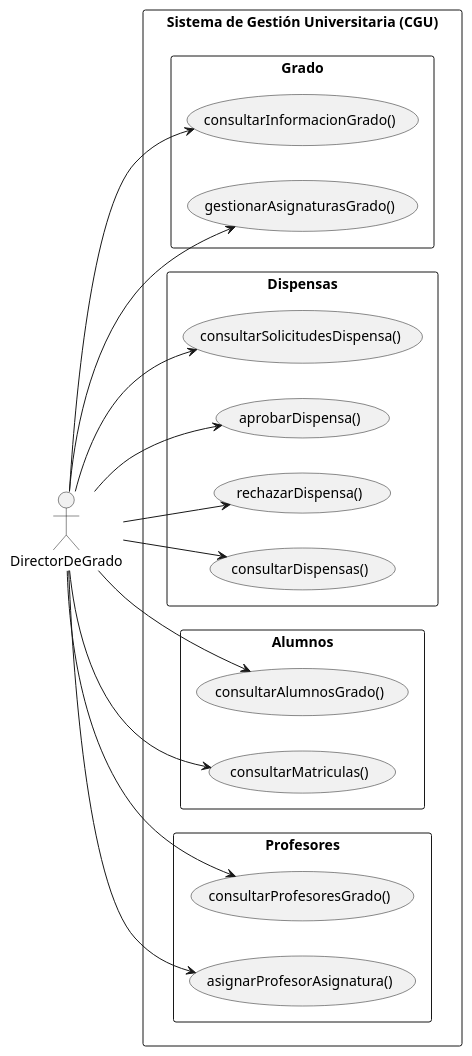
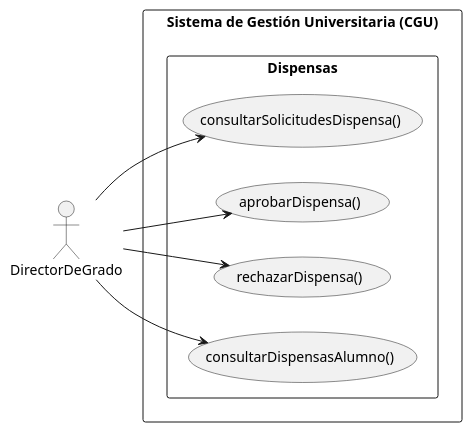
The diagram in documents/CasosDeUso/DirectorDeGrado/DirectorDeGrado.puml (enmabry/25-26-IdSw1-SdR), drawn with PlantUML before and after one commit. The commit also changed 1 other file, not shown here.

Commit message:
CasosDeUso DirectorDeGrado Segunda Iteracion Mejorada

```diff
--- a/documents/CasosDeUso/DirectorDeGrado/DirectorDeGrado.puml
+++ b/documents/CasosDeUso/DirectorDeGrado/DirectorDeGrado.puml
@@ -1,47 +1,22 @@
 @startuml
 left to right direction
 skinparam packageStyle rectangle
 
 actor DirectorDeGrado
 
 rectangle "Sistema de Gestión Universitaria (CGU)" {
 
-    package "Grado" {
-        usecase "consultarInformacionGrado()" as GradoConsultarInfo
-        usecase "gestionarAsignaturasGrado()" as GradoGestionarAsignaturas
-    }
-
     package "Dispensas" {
         usecase "consultarSolicitudesDispensa()" as DispensasConsultarSolicitudes
         usecase "aprobarDispensa()" as DispensasAprobar
         usecase "rechazarDispensa()" as DispensasRechazar
-        usecase "consultarDispensas()" as DispensasConsultar
+        usecase "consultarDispensasAlumno()" as DispensasAlumnoConsultar
     }
-
-    package "Alumnos" {
-        usecase "consultarAlumnosGrado()" as AlumnosConsultarGrado
-
-        usecase "consultarMatriculas()" as AlumnosConsultarMatriculas
-    }
-
-    package "Profesores" {
-        usecase "consultarProfesoresGrado()" as ProfesoresConsultar
-        usecase "asignarProfesorAsignatura()" as ProfesoresAsignar
-    }
-
-    DirectorDeGrado --> GradoConsultarInfo
-    DirectorDeGrado --> GradoGestionarAsignaturas
 
     DirectorDeGrado --> DispensasConsultarSolicitudes
     DirectorDeGrado --> DispensasAprobar
     DirectorDeGrado --> DispensasRechazar
-    DirectorDeGrado --> DispensasConsultar
-    
-    DirectorDeGrado --> AlumnosConsultarGrado
-    DirectorDeGrado --> AlumnosConsultarMatriculas
-    
-    DirectorDeGrado --> ProfesoresConsultar
-    DirectorDeGrado --> ProfesoresAsignar
+    DirectorDeGrado --> DispensasAlumnoConsultar
 }
 
 @enduml
```
